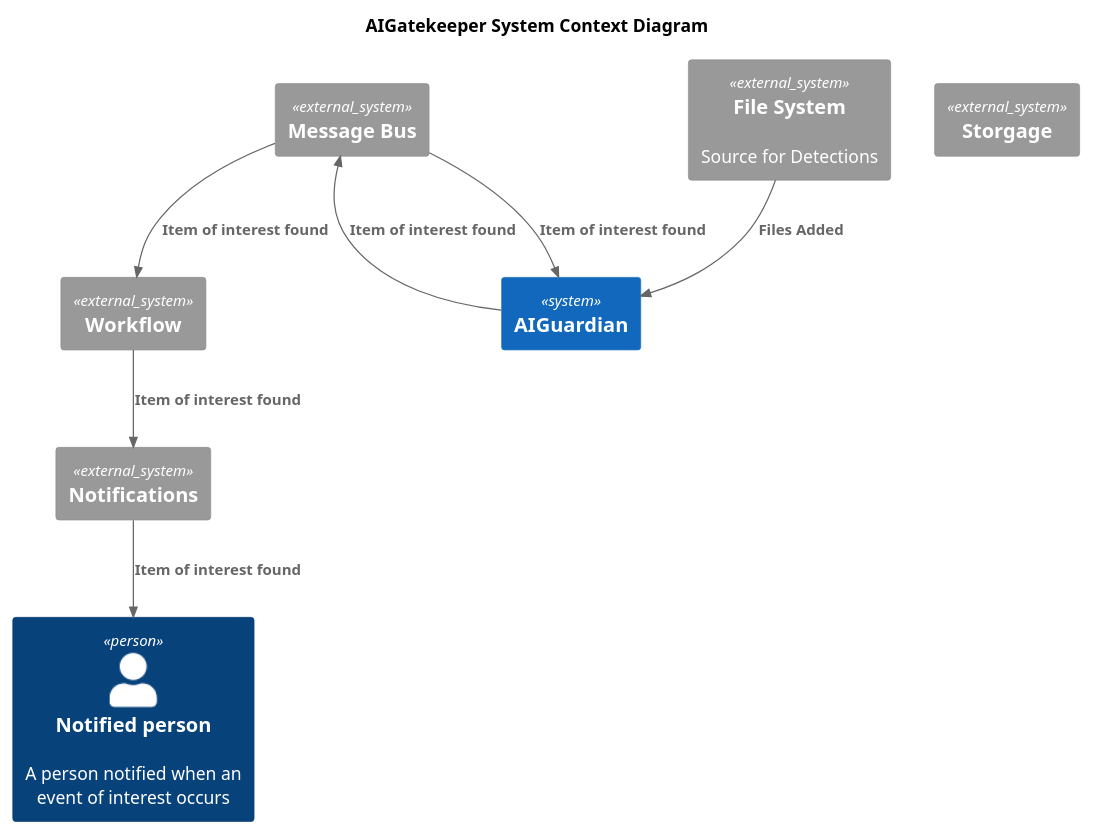
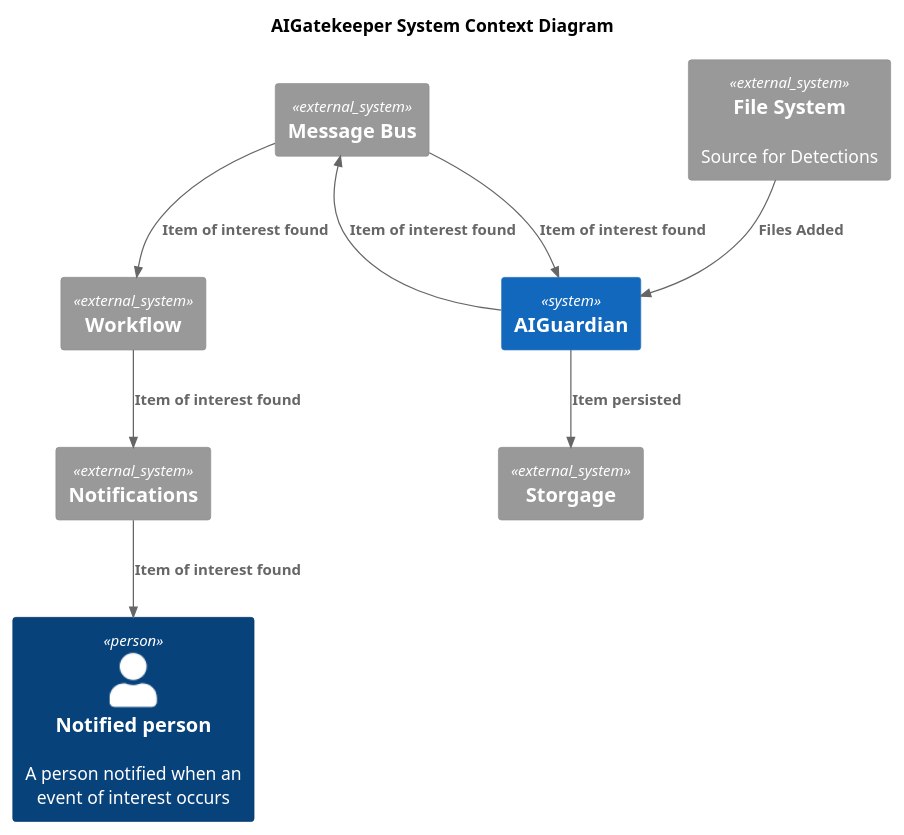
One commit to johnhinz/AIGatekeeper changed the diagram in diagrams/systemcontext.puml. Above: the diagram before and after it, drawn with PlantUML.

Commit message:
added storage external system to system context diagram

```diff
--- a/diagrams/systemcontext.puml
+++ b/diagrams/systemcontext.puml
@@ -1,28 +1,26 @@
 @startuml test
 !includeurl https://raw.githubusercontent.com/RicardoNiepel/C4-PlantUML/master/C4_Context.puml
 
 title AIGatekeeper System Context Diagram 
  
 Person(recipient, "Notified person", "A person notified when an event of interest occurs")
 
 System(guard, "AIGuardian")
 
 System_Ext(filesys, "File System", "Source for Detections")
 System_Ext(bus, "Message Bus")
 System_Ext(notification, "Notifications")
 System_Ext(workflow, "Workflow")
 System_Ext(persist, "Storgage")
 
 Rel(filesys, guard, "Files Added")
-'Rel(guard, detector, "Files for detection engine")
-'Rel_Back(guard, detector, "Detection results")
 Rel(guard, bus, "Item of interest found")
 Rel(bus, guard, "Item of interest found")
 Rel(bus, workflow, "Item of interest found")
-'Rel(bus, repo, "Item persisted")
+Rel(guard, persist, "Item persisted")
 Rel(workflow, notification, "Item of interest found")
 Rel(notification, recipient, "Item of interest found")
 
 
 
 @enduml
```
